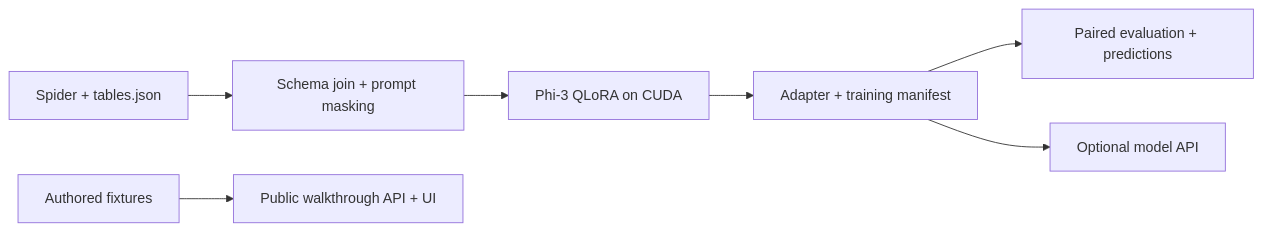
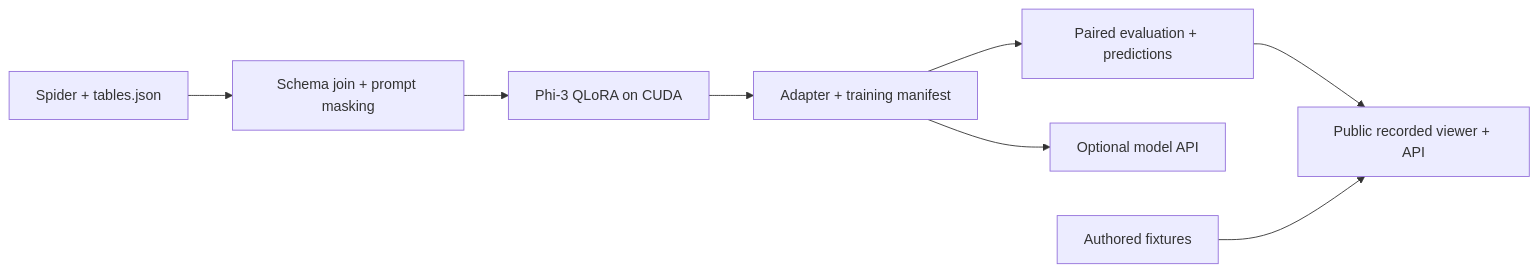
One commit to Navaneeth-007/EvalForge changed the diagram in README.md. Above: the diagram before and after it, drawn with Mermaid. The commit also changed other lines of this file and 21 other files, not shown here.

````diff
--- a/README.md
+++ b/README.md
@@ -50,9 +48,10 @@
 ```mermaid
 flowchart LR
     D[Spider + tables.json] --> P[Schema join + prompt masking]
     P --> T[Phi-3 QLoRA on CUDA]
     T --> A[Adapter + training manifest]
     A --> E[Paired evaluation + predictions]
     A --> M[Optional model API]
-    F[Authored fixtures] --> W[Public walkthrough API + UI]
+    E --> W[Public recorded viewer + API]
+    F[Authored fixtures] --> W
 ```
````
